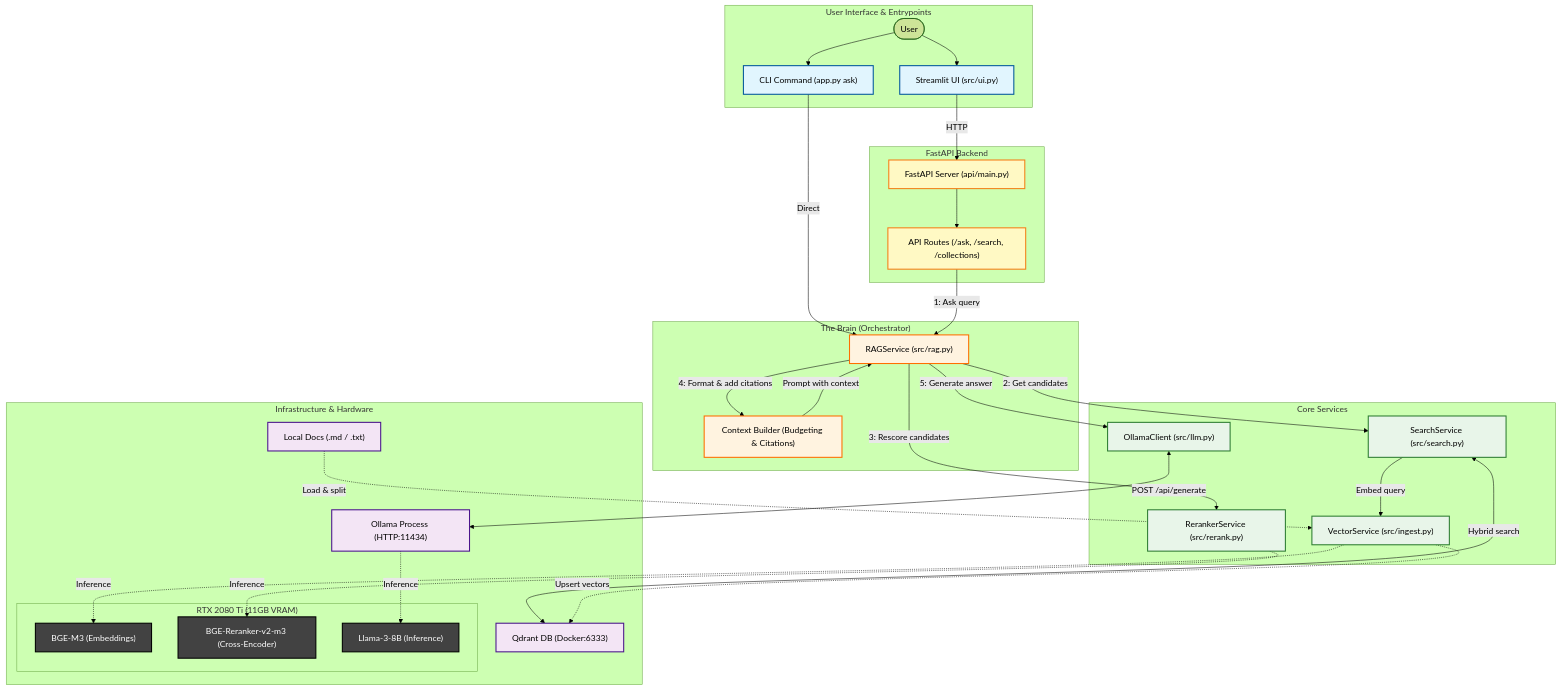
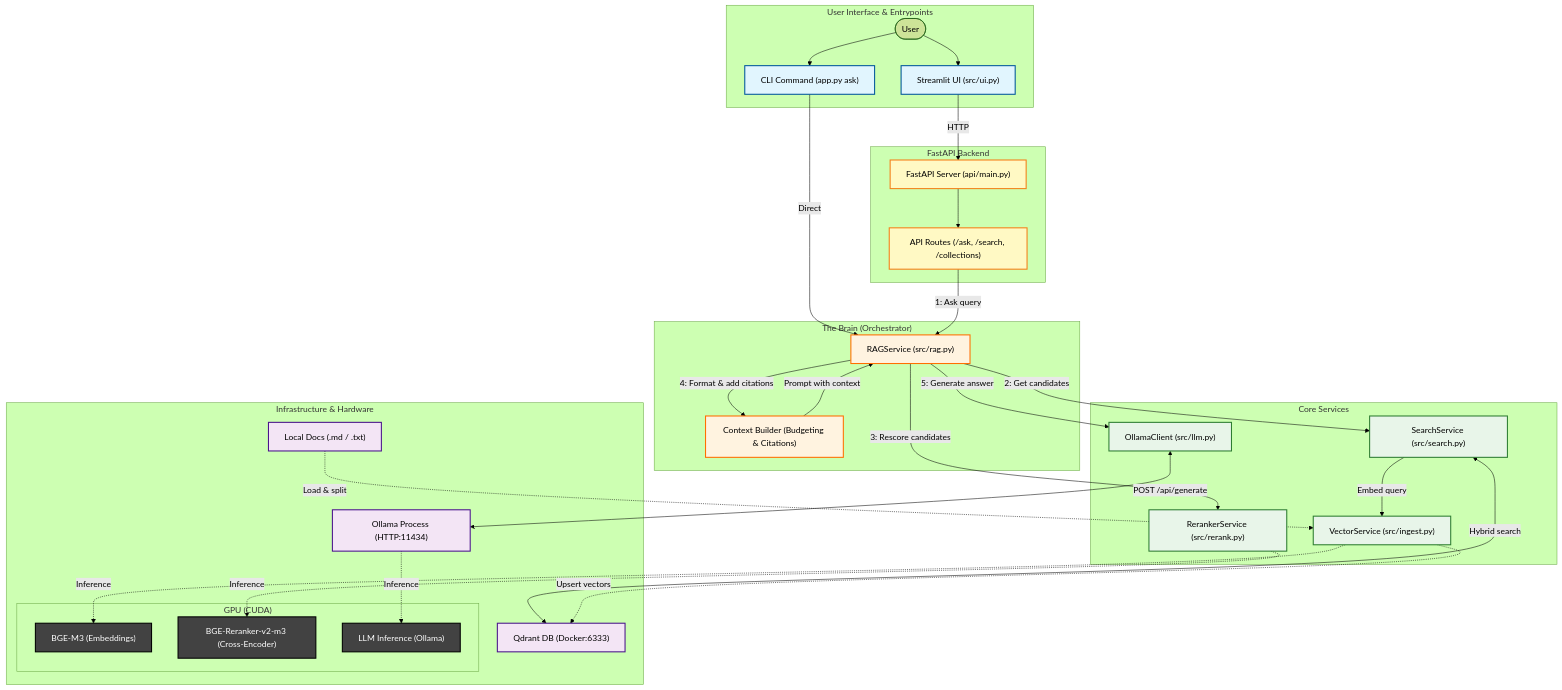
One commit to jpcunhadias/citerag changed the diagram in README.md. Above: the diagram before and after it, drawn with Mermaid (forest theme). The commit also changed other lines of this file and 5 other files, not shown here.

```diff
--- a/README.md
+++ b/README.md
@@ -41,10 +51,10 @@
         OllamaProc["Ollama Process (HTTP:11434)"]
         FileSystem["Local Docs (.md / .txt)"]
 
-        subgraph Hardware ["RTX 2080 Ti (11GB VRAM)"]
+        subgraph Hardware ["GPU (CUDA)"]
             GPU_Embed["BGE-M3 (Embeddings)"]
             GPU_Rerank["BGE-Reranker-v2-m3 (Cross-Encoder)"]
-            GPU_LLM["Llama-3-8B (Inference)"]
+            GPU_LLM["LLM Inference (Ollama)"]
         end
     end
 
```
